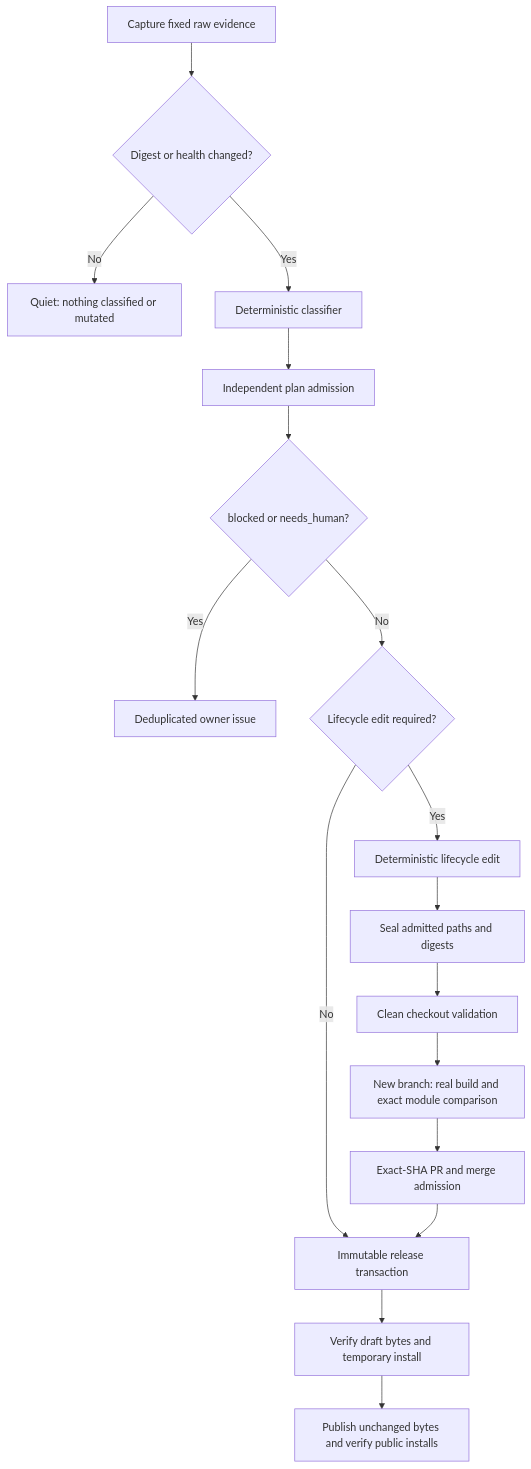
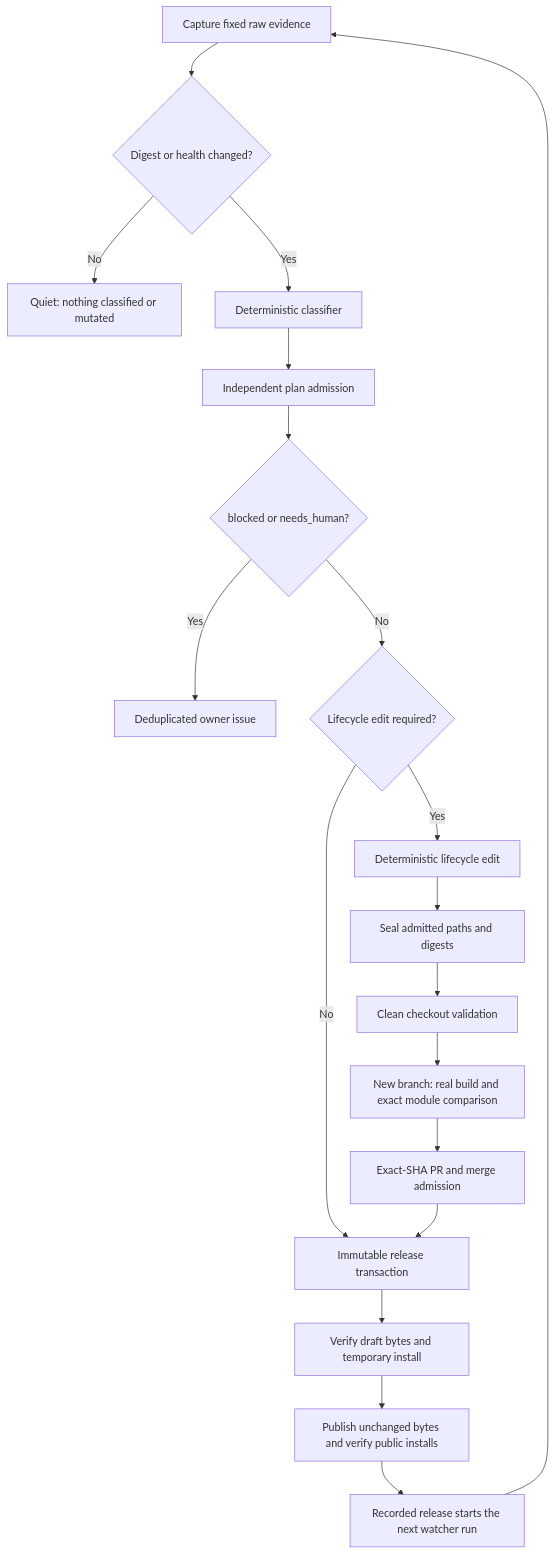
Before and after one commit to Bigpixelrocket/php-bin: the first of 2 diagrams in AUTORELEASE.md, drawn with Mermaid. The commit also changed other lines of this file and 9 other files, not shown here.

First line of the commit message:
feat(autorelease): start the next watcher run after each recorded release (#200)

````diff
--- a/AUTORELEASE.md
+++ b/AUTORELEASE.md
@@ -118,19 +119,21 @@
 ```mermaid
 flowchart TD
   capture["Capture fixed raw evidence"] --> changed{"Digest or health changed?"}
   changed -- "No" --> quiet["Quiet: nothing classified or mutated"]
   changed -- "Yes" --> classify["Deterministic classifier"]
   classify --> admit["Independent plan admission"]
   admit --> stop{"blocked or needs_human?"}
   stop -- "Yes" --> issue["Deduplicated owner issue"]
   stop -- "No" --> edit{"Lifecycle edit required?"}
   edit -- "Yes" --> implement["Deterministic lifecycle edit"]
   implement --> seal["Seal admitted paths and digests"]
   seal --> validate["Clean checkout validation"]
   validate --> build["New branch: real build and exact module comparison"]
   build --> merge["Exact-SHA PR and merge admission"]
   edit -- "No" --> release
   merge --> release["Immutable release transaction"]
   release --> draft["Verify draft bytes and temporary install"]
   draft --> public["Publish unchanged bytes and verify public installs"]
+  public --> chain["Recorded release starts the next watcher run"]
+  chain --> capture
 ```
````
